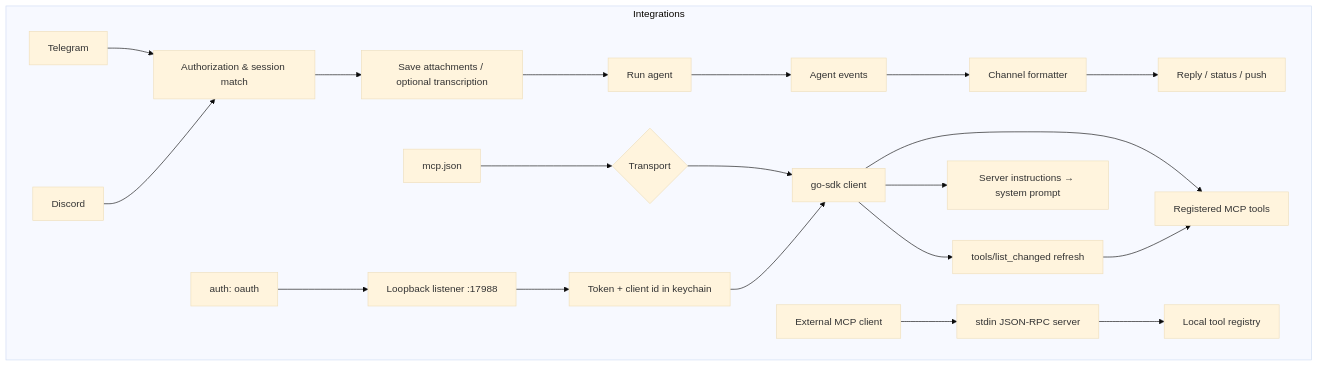
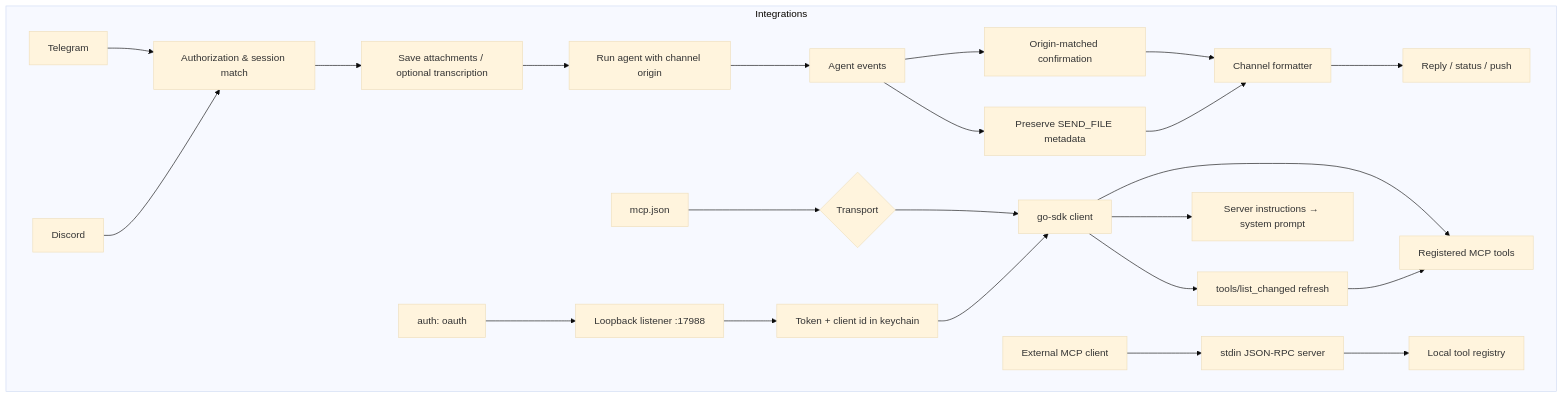
One commit to agenvoy/Agenvoy changed the ninth of 12 diagrams in doc/architecture.md. Above: the diagram before and after it, drawn with Mermaid (base theme). The commit also changed other lines of this file and 7 other files, not shown here.

````diff
--- a/doc/architecture.md
+++ b/doc/architecture.md
@@ -182,24 +184,27 @@
 ```mermaid
 graph TB
     subgraph Integrations[Integrations]
         Telegram[Telegram] --> Auth[Authorization & session match]
         Discord[Discord] --> Auth
         Auth --> Attachments[Save attachments / optional transcription]
-        Attachments --> ChatRun[Run agent]
+        Attachments --> ChatRun[Run agent with channel origin]
         ChatRun --> Events[Agent events]
-        Events --> Format[Channel formatter]
+        Events --> Confirm[Origin-matched confirmation]
+        Confirm --> Format[Channel formatter]
+        Events --> FileMarker[Preserve SEND_FILE metadata]
+        FileMarker --> Format
         Format --> Reply[Reply / status / push]
 
         MCPConfig[mcp.json] --> Transport{Transport}
         Transport --> SDKClient[go-sdk client]
         SDKClient --> MCPTools[Registered MCP tools]
         SDKClient --> Refresh[tools/list_changed refresh]
         Refresh --> MCPTools
         SDKClient --> Instructions[Server instructions → system prompt]
         OAuth[auth: oauth] --> Callback[Loopback listener :17988]
         Callback --> Token[Token + client id in keychain]
         Token --> SDKClient
         ExternalClient[External MCP client] --> LocalMCP[stdin JSON-RPC server]
         LocalMCP --> Tools[Local tool registry]
     end
 ```
````
